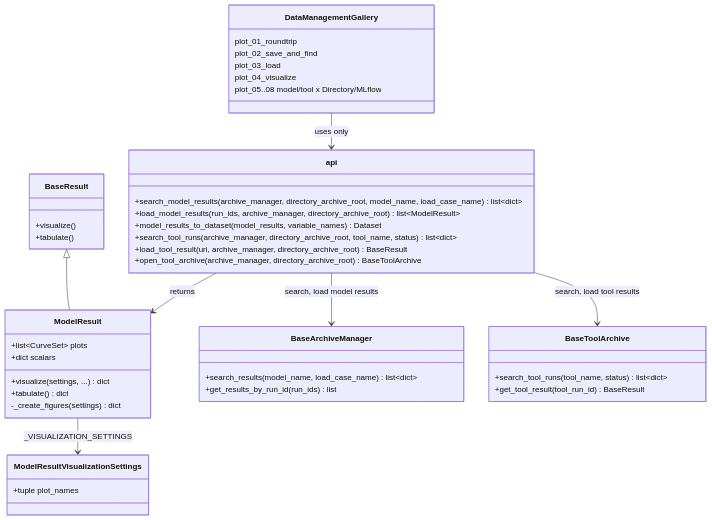
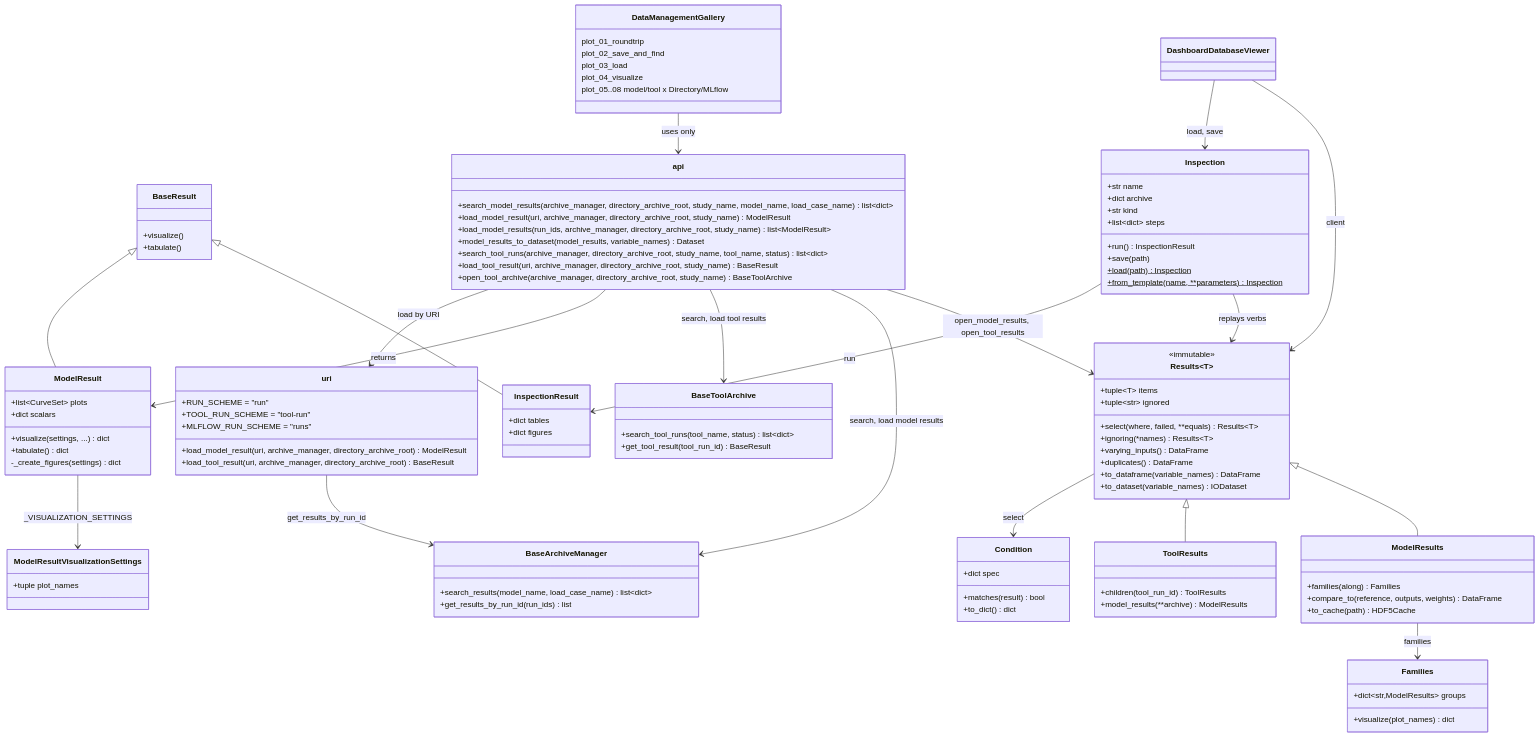
One commit to SebastienBocquet/vimseo changed the diagram in spdd/prompt/SPEC-010-202610091215-[Docs]-results-data-management-examples-and-roundtrip.md. Above: the diagram before and after it, drawn with Mermaid. The commit also changed other lines of this file and 4 other files, not shown here.

First line of the commit message:
docs(spdd): iterate SPEC-007 and SPEC-010 on the archive settings and inspections

````diff
--- a/spdd/prompt/SPEC-010-202610091215-[Docs]-results-data-management-examples-and-roundtrip.md
+++ b/spdd/prompt/SPEC-010-202610091215-[Docs]-results-data-management-examples-and-roundtrip.md
@@ -74,12 +140,20 @@
     +tabulate()
 }
 class api {
-    +search_model_results(archive_manager, directory_archive_root, model_name, load_case_name) list~dict~
-    +load_model_results(run_ids, archive_manager, directory_archive_root) list~ModelResult~
+    +search_model_results(archive_manager, directory_archive_root, study_name, model_name, load_case_name) list~dict~
+    +load_model_result(uri, archive_manager, directory_archive_root, study_name) ModelResult
+    +load_model_results(run_ids, archive_manager, directory_archive_root, study_name) list~ModelResult~
     +model_results_to_dataset(model_results, variable_names) Dataset
-    +search_tool_runs(archive_manager, directory_archive_root, tool_name, status) list~dict~
+    +search_tool_runs(archive_manager, directory_archive_root, study_name, tool_name, status) list~dict~
+    +load_tool_result(uri, archive_manager, directory_archive_root, study_name) BaseResult
+    +open_tool_archive(archive_manager, directory_archive_root, study_name) BaseToolArchive
+}
+class uri {
+    +RUN_SCHEME = "run"
+    +TOOL_RUN_SCHEME = "tool-run"
+    +MLFLOW_RUN_SCHEME = "runs"
+    +load_model_result(uri, archive_manager, directory_archive_root) ModelResult
     +load_tool_result(uri, archive_manager, directory_archive_root) BaseResult
-    +open_tool_archive(archive_manager, directory_archive_root) BaseToolArchive
 }
 class BaseArchiveManager {
     +search_results(model_name, load_case_name) list~dict~
@@ -97,10 +171,67 @@
     plot_05..08 model/tool x Directory/MLflow
 }
 
+class Results~T~ {
+    <<immutable>>
+    +tuple~T~ items
+    +tuple~str~ ignored
+    +select(where, failed, **equals) Results~T~
+    +ignoring(*names) Results~T~
+    +varying_inputs() DataFrame
+    +duplicates() DataFrame
+    +to_dataframe(variable_names) DataFrame
+    +to_dataset(variable_names) IODataset
+}
+class ModelResults {
+    +families(along) Families
+    +compare_to(reference, outputs, weights) DataFrame
+    +to_cache(path) HDF5Cache
+}
+class ToolResults {
+    +children(tool_run_id) ToolResults
+    +model_results(**archive) ModelResults
+}
+class Families {
+    +dict~str,ModelResults~ groups
+    +visualize(plot_names) dict
+}
+class Condition {
+    +dict spec
+    +matches(result) bool
+    +to_dict() dict
+}
+class Inspection {
+    +str name
+    +dict archive
+    +str kind
+    +list~dict~ steps
+    +run() InspectionResult
+    +save(path)
+    +load(path)$ Inspection
+    +from_template(name, **parameters)$ Inspection
+}
+class InspectionResult {
+    +dict tables
+    +dict figures
+}
+class DashboardDatabaseViewer
+
+Results <|-- ModelResults
+Results <|-- ToolResults
+ModelResults --> Families : families
+Results --> Condition : select
+Inspection --> Results : replays verbs
+Inspection --> InspectionResult : run
+BaseResult <|-- InspectionResult
+api --> Results : open_model_results, open_tool_results
+DashboardDatabaseViewer --> Results : client
+DashboardDatabaseViewer --> Inspection : load, save
 BaseResult <|-- ModelResult
 ModelResult --> ModelResultVisualizationSettings : _VISUALIZATION_SETTINGS
 api --> BaseArchiveManager : search, load model results
 api --> BaseToolArchive : search, load tool results
 api --> ModelResult : returns
+api --> uri : load by URI
+uri --> BaseArchiveManager : get_results_by_run_id
 DataManagementGallery --> api : uses only
 ```
````
